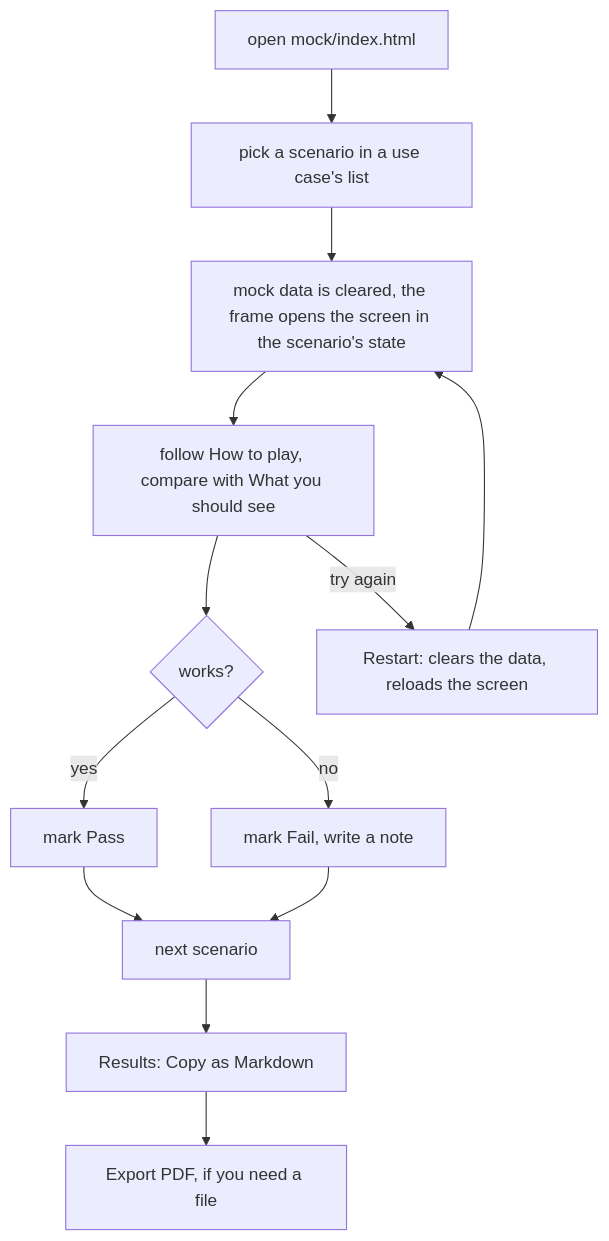
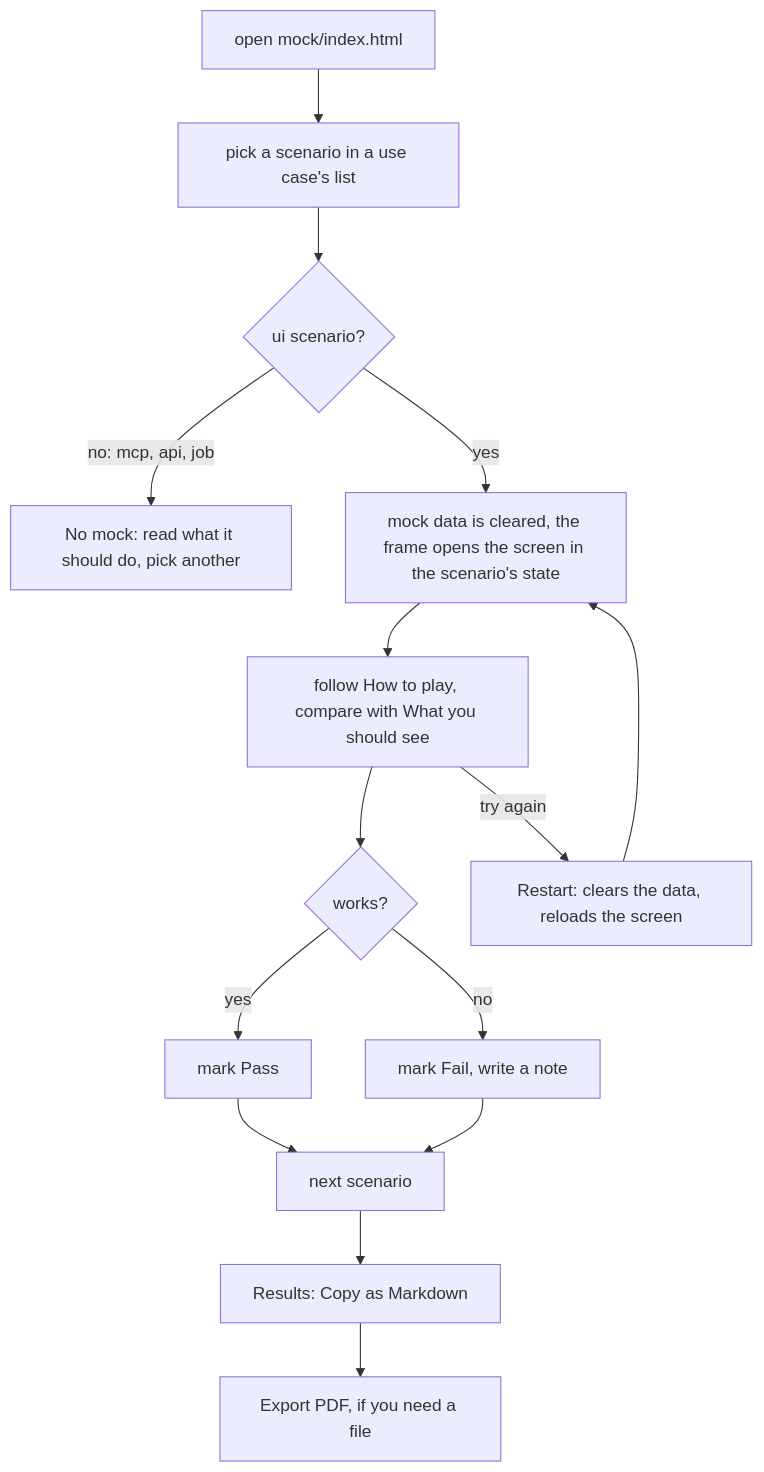
Before and after one commit to naphatwx/naphatwx-tools: the diagram in plugins/naphatwx-tools/skills/generate-mock-ui/template/README.md, drawn with Mermaid. The commit also changed other lines of this file and 66 other files, not shown here.

````diff
--- a/plugins/naphatwx-tools/skills/generate-mock-ui/template/README.md
+++ b/plugins/naphatwx-tools/skills/generate-mock-ui/template/README.md
@@ -27,15 +29,17 @@
 ```mermaid
 graph TD
     A[open mock/index.html] --> B[pick a scenario in a use case's list]
-    B --> C[mock data is cleared, the frame opens the screen in the scenario's state]
+    B --> NM{ui scenario?}
+    NM -->|no: mcp, api, job| X[No mock: read what it should do, pick another]
+    NM -->|yes| C[mock data is cleared, the frame opens the screen in the scenario's state]
     C --> D[follow How to play, compare with What you should see]
     D --> E{works?}
     E -->|yes| F[mark Pass]
     E -->|no| G[mark Fail, write a note]
     F --> H[next scenario]
     G --> H
     D -->|try again| R[Restart: clears the data, reloads the screen]
     R --> C
     H --> K[Results: Copy as Markdown]
     K --> P[Export PDF, if you need a file]
 ```
````
